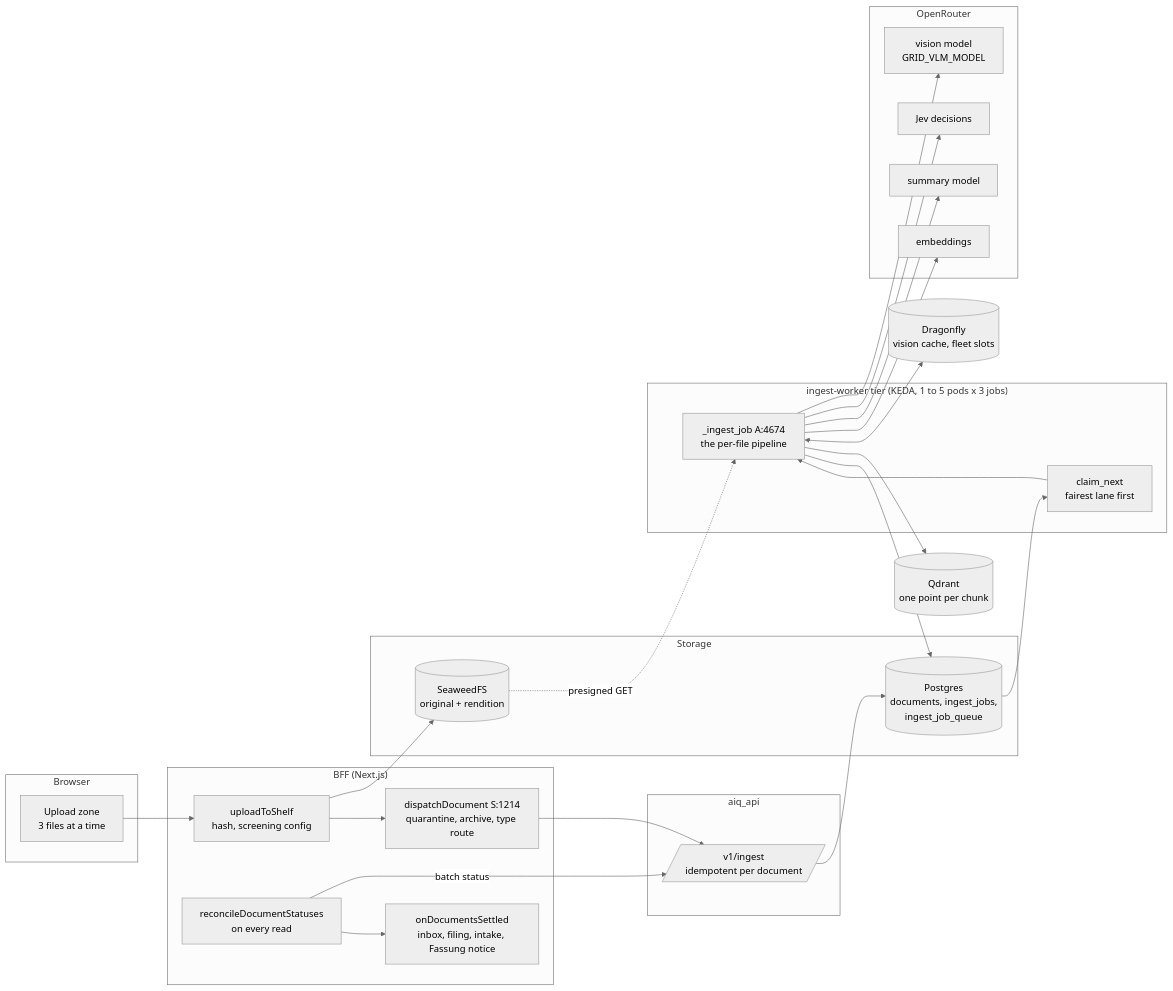
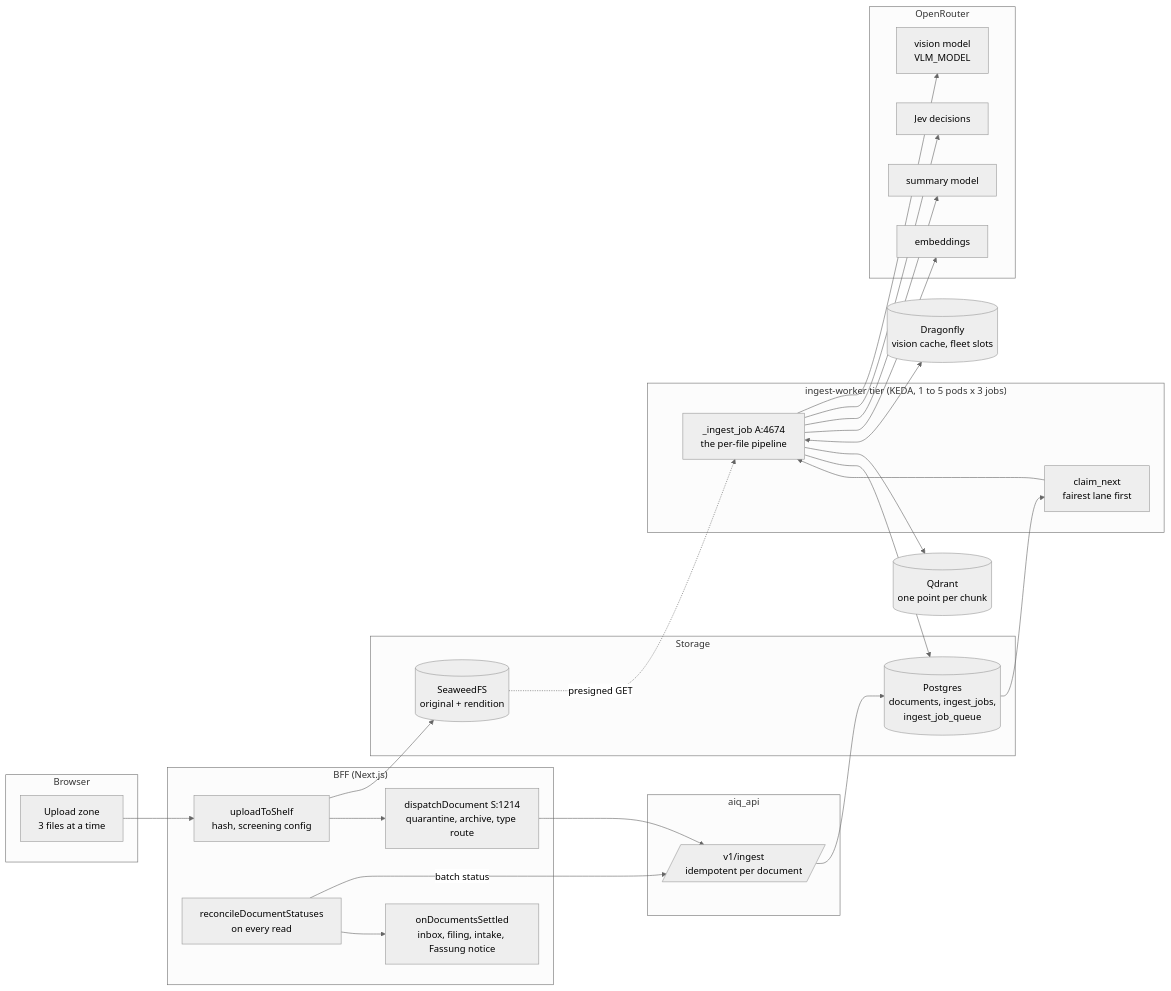
The first of 6 diagrams in docs/architecture/ingestion-pipeline.md (GRID-check/archos), drawn with Mermaid (neutral theme) before and after one commit. The commit also changed other lines of this file and 764 other files, not shown here.

````diff
--- a/docs/architecture/ingestion-pipeline.md
+++ b/docs/architecture/ingestion-pipeline.md
@@ -20,42 +20,42 @@
 ```mermaid
 flowchart LR
   subgraph Browser
     U[Upload zone<br/>3 files at a time]
   end
   subgraph BFF["BFF (Next.js)"]
     UP[uploadToShelf<br/>hash, screening config]
     DD[dispatchDocument S:1214<br/>quarantine, archive, type route]
     RC[reconcileDocumentStatuses<br/>on every read]
     ST[onDocumentsSettled<br/>inbox, filing, intake, Fassung notice]
   end
   subgraph Storage
     SW[(SeaweedFS<br/>original + rendition)]
     PG[(Postgres<br/>documents, ingest_jobs,<br/>ingest_job_queue)]
   end
   subgraph API["aiq_api"]
     IN[/v1/ingest<br/>idempotent per document/]
   end
   subgraph Worker["ingest-worker tier (KEDA, 1 to 5 pods x 3 jobs)"]
     CL[claim_next<br/>fairest lane first]
     PL[_ingest_job A:4674<br/>the per-file pipeline]
   end
   subgraph Providers["OpenRouter"]
-    VLM[vision model<br/>GRID_VLM_MODEL]
+    VLM[vision model<br/>VLM_MODEL]
     JEV[Jev decisions]
     LLM[summary model]
     EMB[embeddings]
   end
   Q[(Qdrant<br/>one point per chunk)]
   DF[(Dragonfly<br/>vision cache, fleet slots)]
 
   U --> UP --> SW
   UP --> DD --> IN --> PG
   PG --> CL --> PL
   SW -. presigned GET .-> PL
   PL --> VLM & JEV & LLM & EMB
   PL <--> DF
   PL --> Q
   PL --> PG
   RC -- batch status --> IN
   RC --> ST
 ```
````
